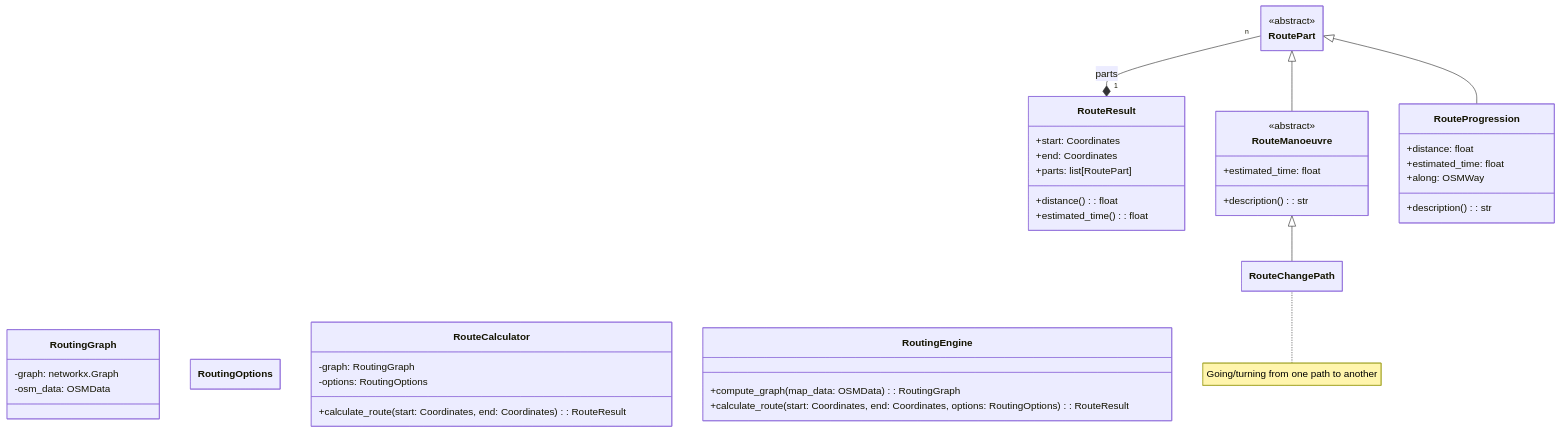
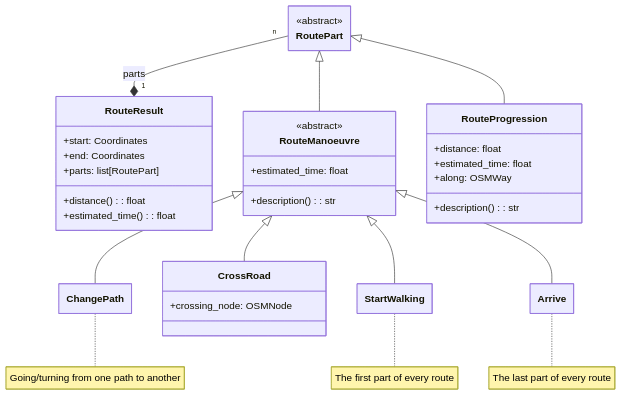
One commit to RandomSearch18/a-level-project changed the fifth of 6 diagrams in docs/readme.md. Above: the diagram before and after it, drawn with Mermaid.

Commit message:
Class diagrams for routing: +

````diff
--- a/docs/readme.md
+++ b/docs/readme.md
@@ -1194,62 +1194,50 @@
 ```mermaid
 ---
   config:
     class:
       hideEmptyMembersBox: true
 ---
 classDiagram
 direction BT
-class RoutingGraph {
-  -graph: networkx.Graph
-  -osm_data: OSMData
-}
-
-class RoutingOptions
-%% TODO RoutingOptions
-
 RouteResult "1" *-- "n" RoutePart : parts
 class RouteResult {
   +start: Coordinates
   +end: Coordinates
   +parts: list[RoutePart]
   +distance(): float
   +estimated_time(): float
 }
 
 class RoutePart {
   <<abstract>>
 }
 
 %% FIXME Spelling?!
 RouteManoeuvre --|> RoutePart
 class RouteManoeuvre {
   <<abstract>>
   +estimated_time: float
   +description(): str
 }
 
-RouteChangePath --|> RouteManoeuvre
-note for RouteChangePath "Going/turning from one path to another"
-class RouteChangePath
+ChangePath --|> RouteManoeuvre
+note for ChangePath "Going/turning from one path to another"
+CrossRoad --|> RouteManoeuvre
+class CrossRoad {
+  +crossing_node: OSMNode
+}
+StartWalking --|> RouteManoeuvre
+note for StartWalking "The first part of every route"
+Arrive --|> RouteManoeuvre
+note for Arrive "The last part of every route"
 
 %% TODO more RouteManoeuvres
 
 RouteProgression --|> RoutePart
 class RouteProgression {
   +distance: float
   +estimated_time: float
   +along: OSMWay
   +description(): str
 }
-
-class RouteCalculator {
-  -graph: RoutingGraph
-  -options: RoutingOptions
-  +calculate_route(start: Coordinates, end: Coordinates): RouteResult
-}
-
-class RoutingEngine {
-  +compute_graph(map_data: OSMData): RoutingGraph
-  +calculate_route(start: Coordinates, end: Coordinates, options: RoutingOptions): RouteResult
-}
 ```
````
